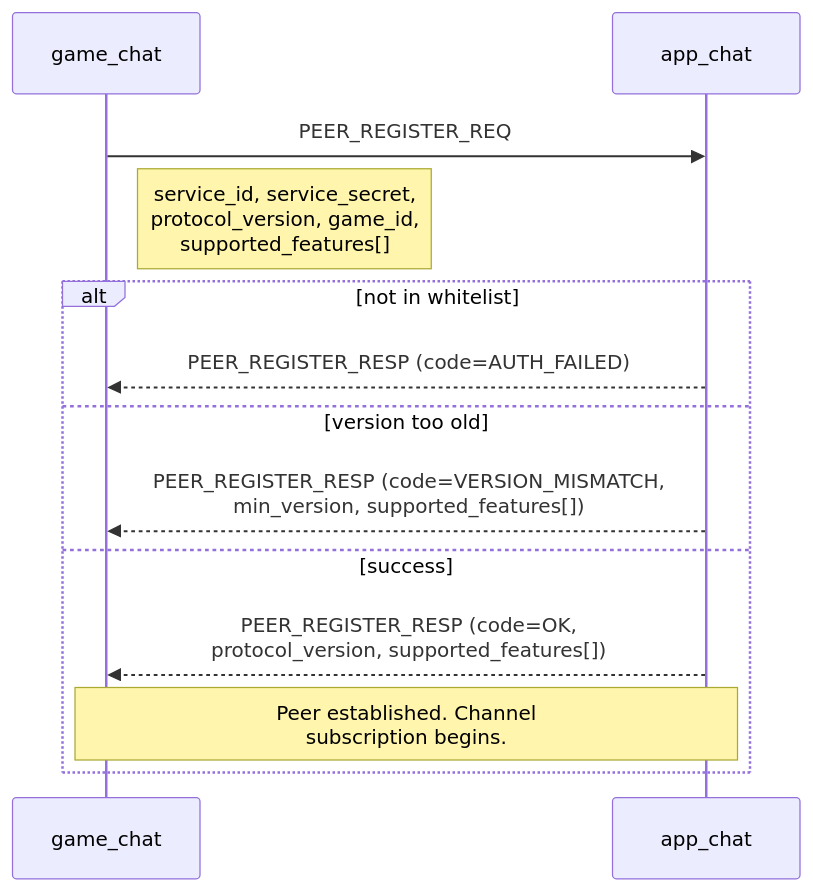
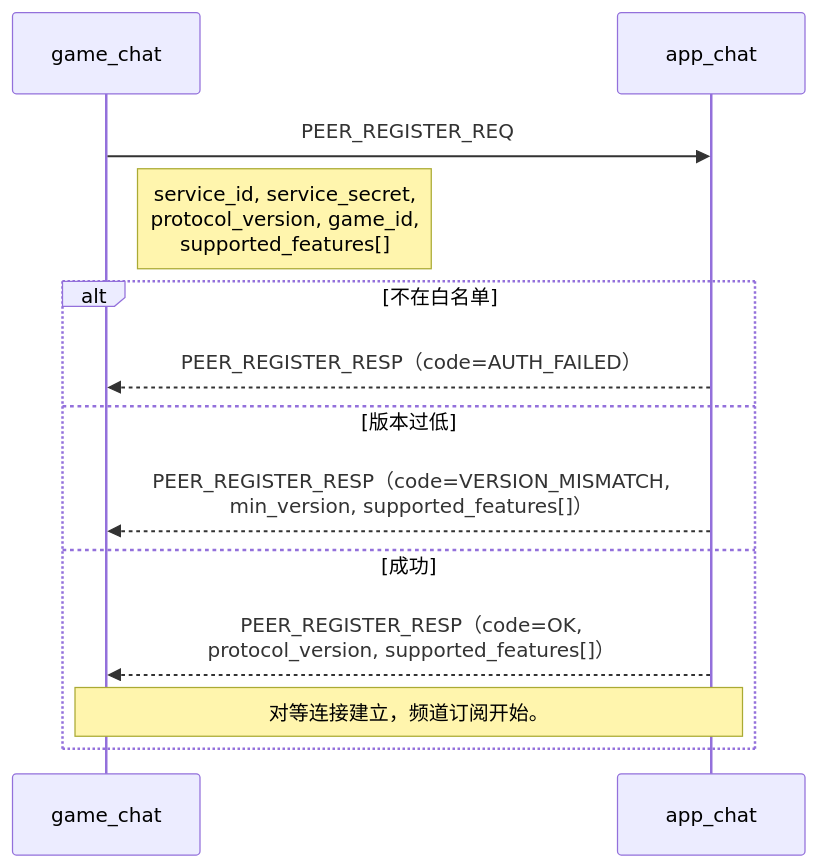
One commit to cuihairu/chirp changed the second of 5 diagrams in docs/architecture.md. Above: the diagram before and after it, drawn with Mermaid. The commit also changed other lines of this file, not shown here.

Commit message:
docs: rewrite architecture.md entirely in Chinese

````diff
--- a/docs/architecture.md
+++ b/docs/architecture.md
@@ -99,17 +99,17 @@
 ```mermaid
 sequenceDiagram
     participant G as game_chat
     participant A as app_chat
 
     G->>A: PEER_REGISTER_REQ
     Note right of G: service_id, service_secret,<br/>protocol_version, game_id,<br/>supported_features[]
 
-    alt not in whitelist
-        A-->>G: PEER_REGISTER_RESP (code=AUTH_FAILED)
-    else version too old
-        A-->>G: PEER_REGISTER_RESP (code=VERSION_MISMATCH,<br/>min_version, supported_features[])
-    else success
-        A-->>G: PEER_REGISTER_RESP (code=OK,<br/>protocol_version, supported_features[])
-        Note over G,A: Peer established. Channel<br/>subscription begins.
+    alt 不在白名单
+        A-->>G: PEER_REGISTER_RESP（code=AUTH_FAILED）
+    else 版本过低
+        A-->>G: PEER_REGISTER_RESP（code=VERSION_MISMATCH,<br/>min_version, supported_features[]）
+    else 成功
+        A-->>G: PEER_REGISTER_RESP（code=OK,<br/>protocol_version, supported_features[]）
+        Note over G,A: 对等连接建立，频道订阅开始。
     end
 ```
````
